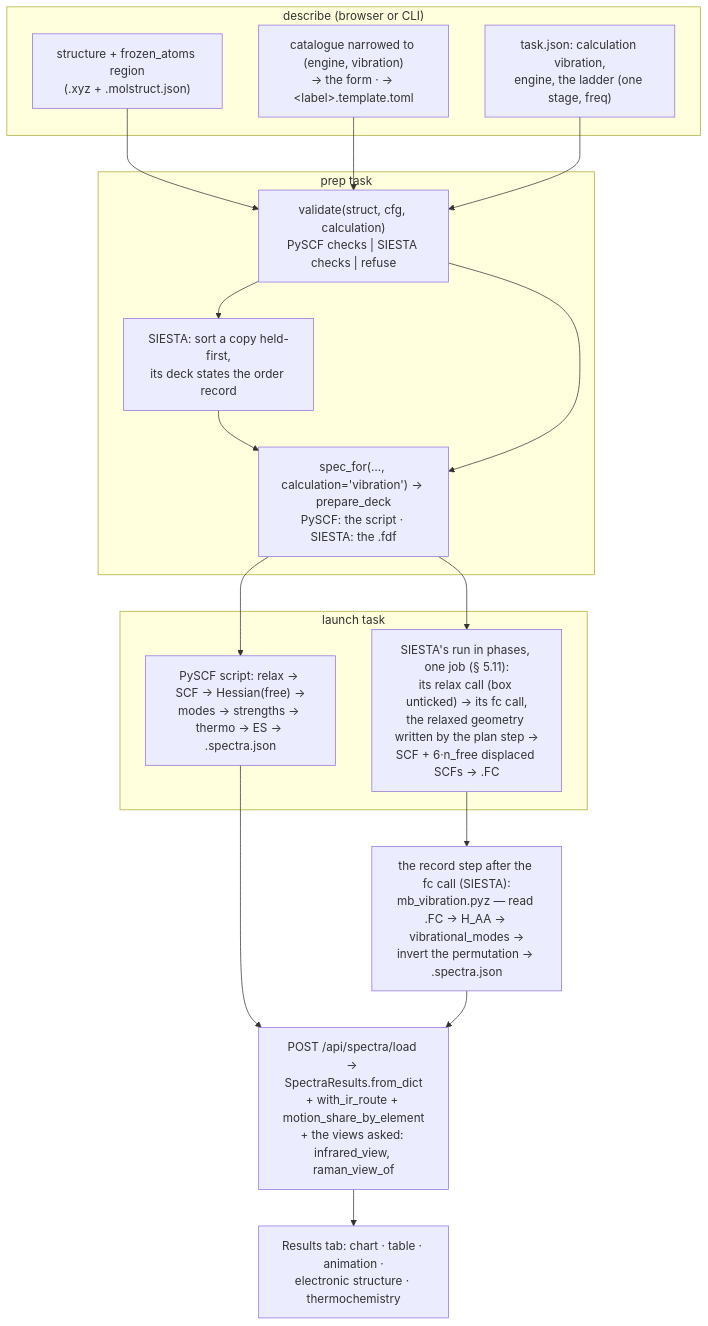
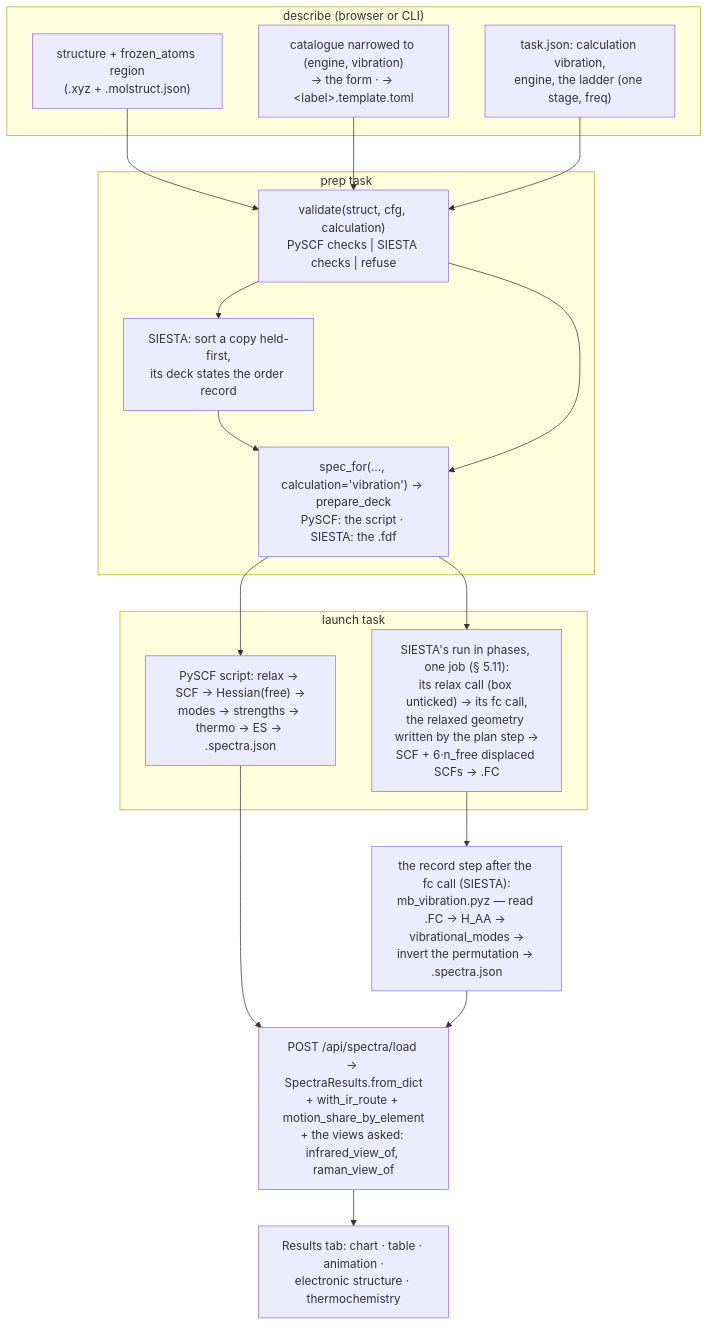
Before and after one commit to Qing-LAB/molbuilder: the second of 2 diagrams in docs/engines/vibration.md, drawn with Mermaid. The commit also changed other lines of this file and 106 other files, not shown here.

````diff
--- a/docs/engines/vibration.md
+++ b/docs/engines/vibration.md
@@ -3673,23 +3691,23 @@
 ```mermaid
 flowchart TB
   subgraph describe["describe (browser or CLI)"]
     ST["structure + frozen_atoms region<br/>(.xyz + .molstruct.json)"]
     CAT["catalogue narrowed to (engine, vibration)<br/>→ the form · → &lt;label&gt;.template.toml"]
     TJ["task.json: calculation vibration,<br/>engine, the ladder (one stage, freq)"]
   end
   subgraph prep["prep task"]
     G["validate(struct, cfg, calculation)<br/>PySCF checks #124; SIESTA checks #124; refuse"]
     SORT["SIESTA: sort a copy held-first,<br/>its deck states the order record"]
     D["spec_for(…, calculation='vibration') → prepare_deck<br/>PySCF: the script · SIESTA: the .fdf"]
   end
   subgraph run["launch task"]
     PY["PySCF script: relax → SCF → Hessian(free) →<br/>modes → strengths → thermo → ES → .spectra.json"]
     SR["SIESTA's run in phases, one job (§ 5.11):<br/>its relax call (box unticked) → its fc call,<br/>the relaxed geometry written by the plan step →<br/>SCF + 6·n_free displaced SCFs → .FC"]
   end
   SUM["the record step after the fc call (SIESTA):<br/>mb_vibration.pyz — read .FC → H_AA → vibrational_modes →<br/>invert the permutation → .spectra.json"]
-  LOAD["POST /api/spectra/load → SpectraResults.from_dict<br/>+ with_ir_route + motion_share_by_element<br/>+ the views asked: infrared_view, raman_view_of"]
+  LOAD["POST /api/spectra/load → SpectraResults.from_dict<br/>+ with_ir_route + motion_share_by_element<br/>+ the views asked: infrared_view_of, raman_view_of"]
   VIEW["Results tab: chart · table · animation ·<br/>electronic structure · thermochemistry"]
   ST --> G; CAT --> G; TJ --> G; G --> SORT --> D; G --> D
   D --> PY; D --> SR
   SR --> SUM; PY --> LOAD; SUM --> LOAD; LOAD --> VIEW
 ```
````
